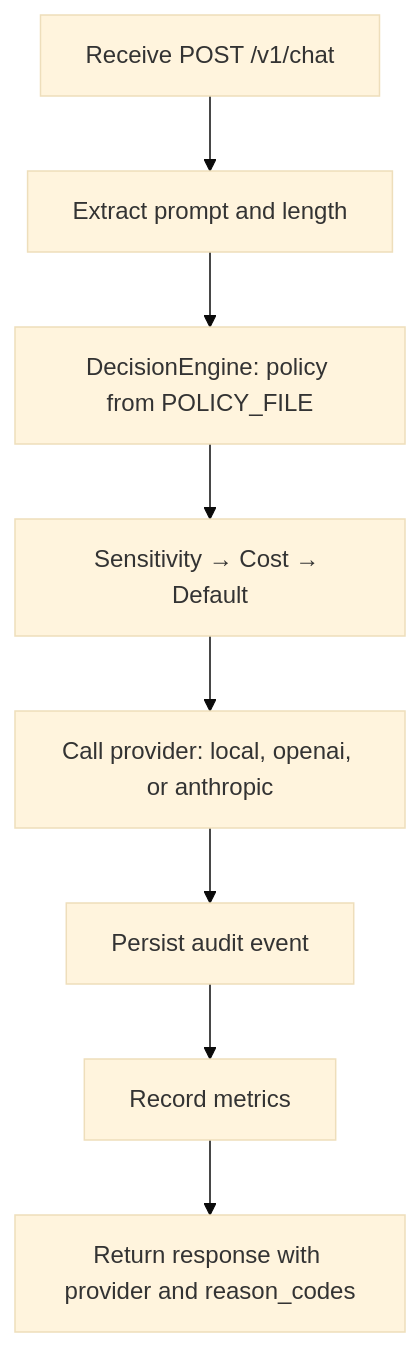
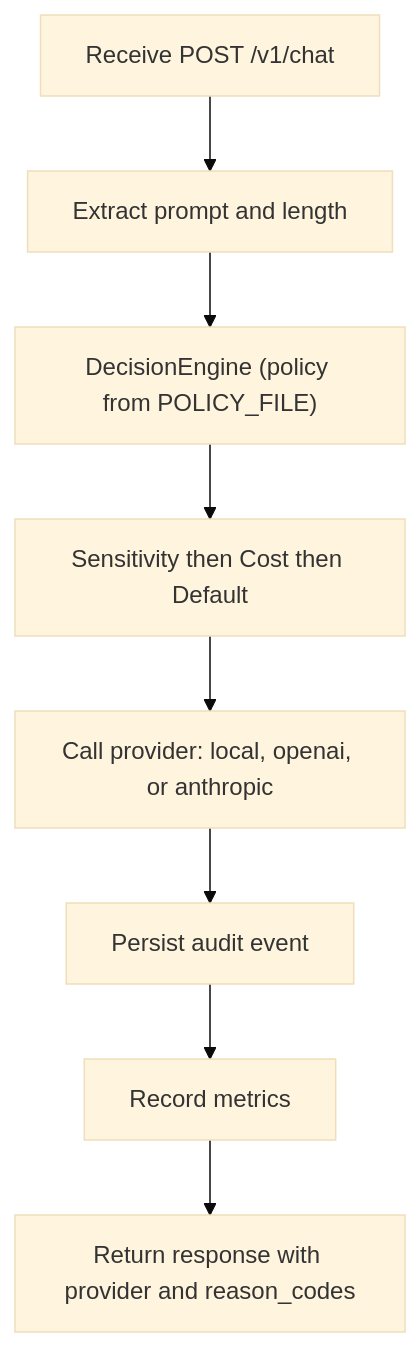
Before and after one commit to LiorAbitbol/policy-mesh: the second of 3 diagrams in docs/ARCHITECTURE.md, drawn with Mermaid (base theme). The commit also changed other lines of this file, not shown here.

First line of the commit message:
docs(architecture): fix Mermaid syntax for GitHub rendering

````diff
--- a/docs/ARCHITECTURE.md
+++ b/docs/ARCHITECTURE.md
@@ -45,10 +45,10 @@
 ```mermaid
 flowchart TB
-  Recv[Receive POST /v1/chat] --> Extract[Extract prompt and length]
-  Extract --> Decide[DecisionEngine: policy from POLICY_FILE]
-  Decide --> RuleOrder[Sensitivity → Cost → Default]
-  RuleOrder --> Provider[Call provider: local, openai, or anthropic]
-  Provider --> Audit[Persist audit event]
-  Audit --> Metrics[Record metrics]
-  Metrics --> Response[Return response with provider and reason_codes]
+  Recv["Receive POST /v1/chat"] --> Extract["Extract prompt and length"]
+  Extract --> Decide["DecisionEngine (policy from POLICY_FILE)"]
+  Decide --> RuleOrder["Sensitivity then Cost then Default"]
+  RuleOrder --> Provider["Call provider: local, openai, or anthropic"]
+  Provider --> Audit["Persist audit event"]
+  Audit --> Metrics["Record metrics"]
+  Metrics --> Response["Return response with provider and reason_codes"]
 ```
````
